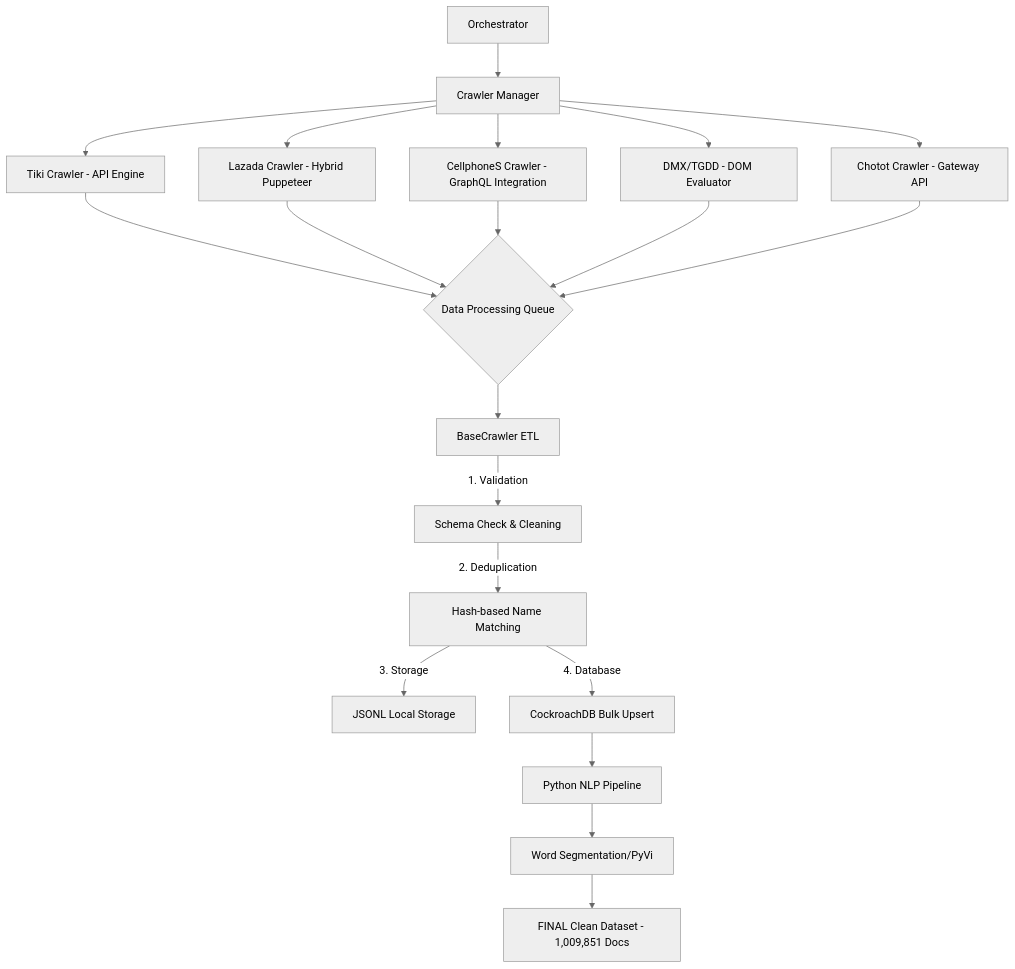
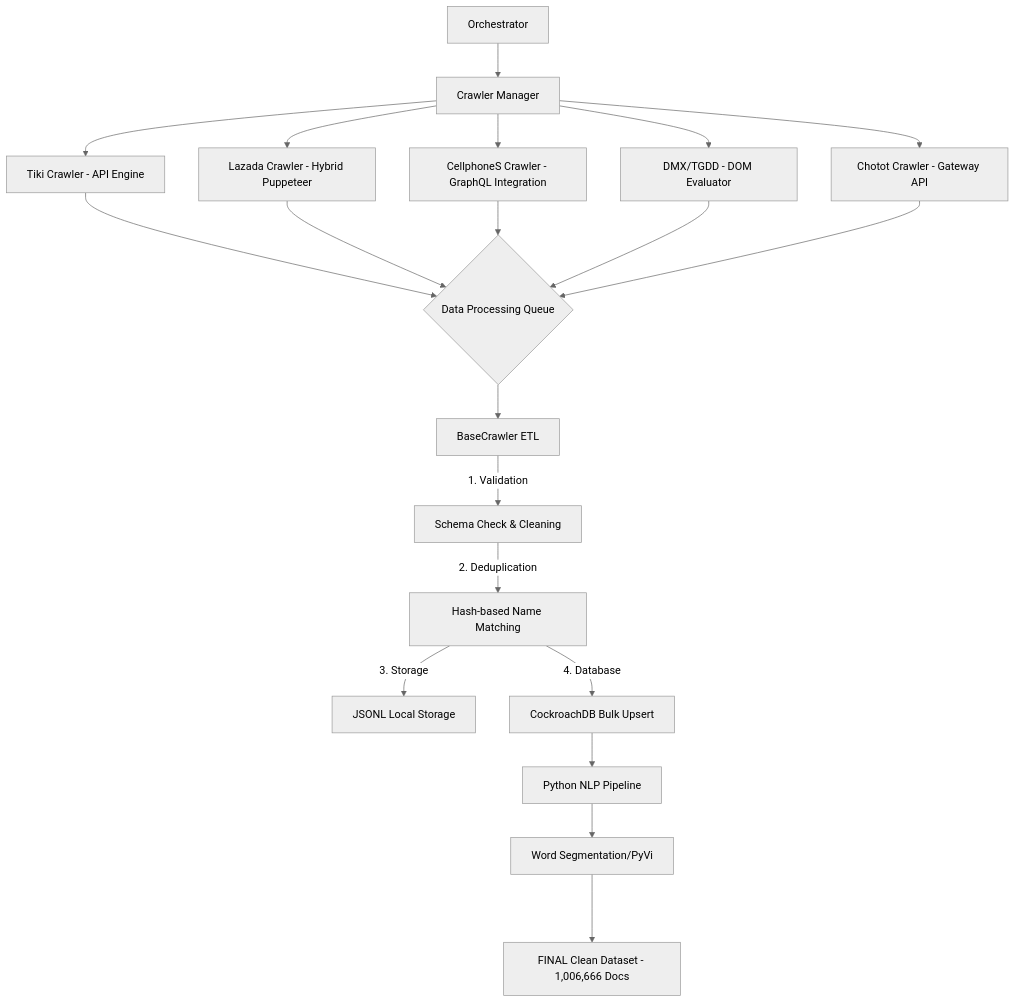
One commit to nhatlong28/SEG301 changed the diagram in reports/REPORT_MILESTONE_1.md. Above: the diagram before and after it, drawn with Mermaid (neutral theme). The commit also changed other lines of this file and 2 other files, not shown here.

````diff
--- a/reports/REPORT_MILESTONE_1.md
+++ b/reports/REPORT_MILESTONE_1.md
@@ -22,21 +22,21 @@
 ```mermaid
 graph TD
     A[Orchestrator] --> B[Crawler Manager]
     B --> C1["Tiki Crawler - API Engine"]
     B --> C2["Lazada Crawler - Hybrid Puppeteer"]
     B --> C3["CellphoneS Crawler - GraphQL Integration"]
     B --> C4["DMX/TGDD - DOM Evaluator"]
     B --> C5["Chotot Crawler - Gateway API"]
     
     C1 & C2 & C3 & C4 & C5 --> D{Data Processing Queue}
     D --> E[BaseCrawler ETL]
     
     E -->|1. Validation| F[Schema Check & Cleaning]
     F -->|2. Deduplication| G[Hash-based Name Matching]
     G -->|3. Storage| H[JSONL Local Storage]
     G -->|4. Database| I[CockroachDB Bulk Upsert]
     
     I --> J[Python NLP Pipeline]
     J --> K["Word Segmentation/PyVi"]
-    K --> L[FINAL Clean Dataset - 1,009,851 Docs]
+    K ---> L[FINAL Clean Dataset - 1,006,666 Docs]
 ```
````
